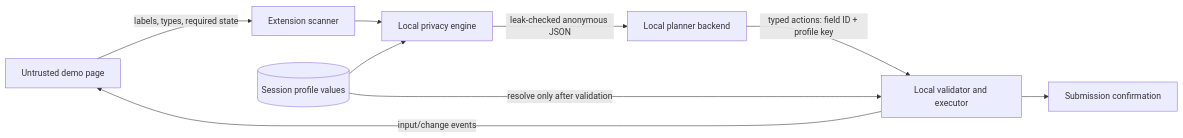
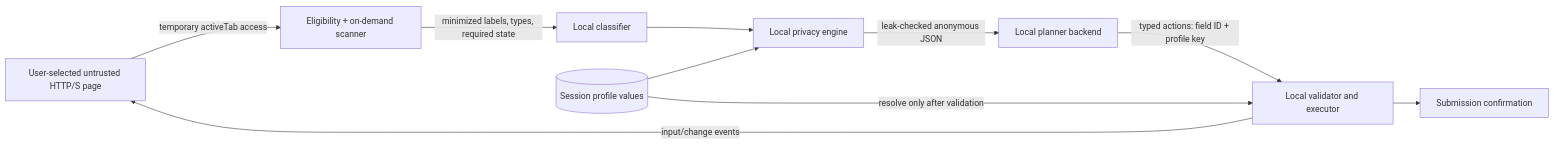
The diagram in README.md (Shushant-Kharate/SIH-MVP-2026), drawn with Mermaid before and after one commit. The commit also changed other lines of this file and 12 other files, not shown here.

````diff
--- a/README.md
+++ b/README.md
@@ -9,11 +9,12 @@
 ```mermaid
 flowchart LR
-    P[Untrusted demo page] -->|labels, types, required state| S[Extension scanner]
+    P[User-selected untrusted HTTP/S page] -->|temporary activeTab access| E[Eligibility + on-demand scanner]
+    E -->|minimized labels, types, required state| S[Local classifier]
     V[(Session profile values)] --> L[Local privacy engine]
     S --> L
     L -->|leak-checked anonymous JSON| B[Local planner backend]
     B -->|typed actions: field ID + profile key| X[Local validator and executor]
     V -->|resolve only after validation| X
     X -->|input/change events| P
     X --> C[Submission confirmation]
 ```
````
